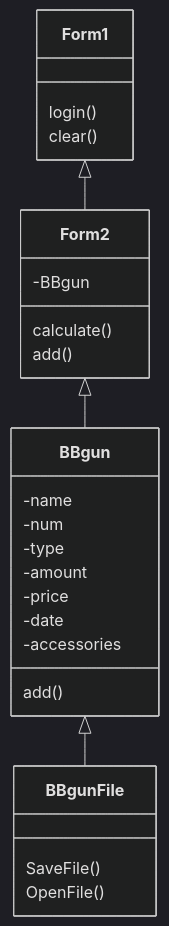
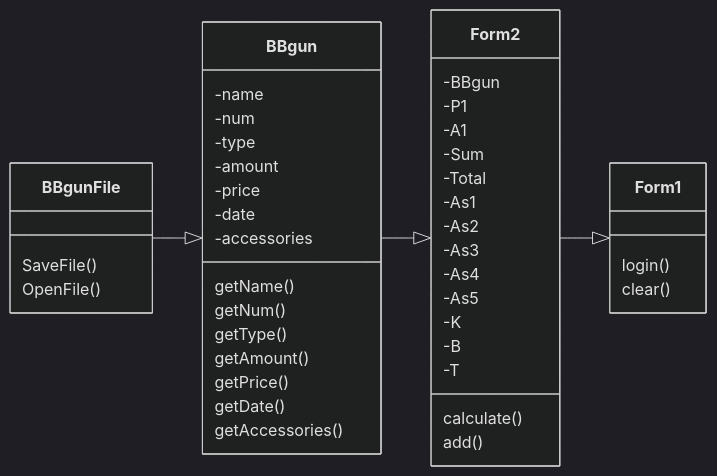
The diagram in README.md (JJWER/Final_Project_643450076_9), drawn with Mermaid (dark theme) before and after one commit.

````diff
--- a/README.md
+++ b/README.md
@@ -6,29 +6,48 @@
 ```mermaid
-classDiagram 
+classDiagram
+direction RL
   Form2 <|-- BBgun
   Form1 <|-- Form2
   BBgun <|-- BBgunFile
 class Form1{
   login()
   clear()
   }
 class Form2{
   -BBgun
+  -P1
+  -A1
+  -Sum
+  -Total
+  -As1
+  -As2
+  -As3
+  -As4
+  -As5
+  -K
+  -B
+  -T
   calculate()
   add()
   }
 class BBgun{
   -name
   -num
   -type
   -amount
   -price
   -date
   -accessories
-  add()
+  getName()
+  getNum()
+  getType()
+  getAmount()
+  getPrice()
+  getDate()
+  getAccessories()
 }
 class BBgunFile{
   SaveFile()
   OpenFile()
 }
 ```
````
